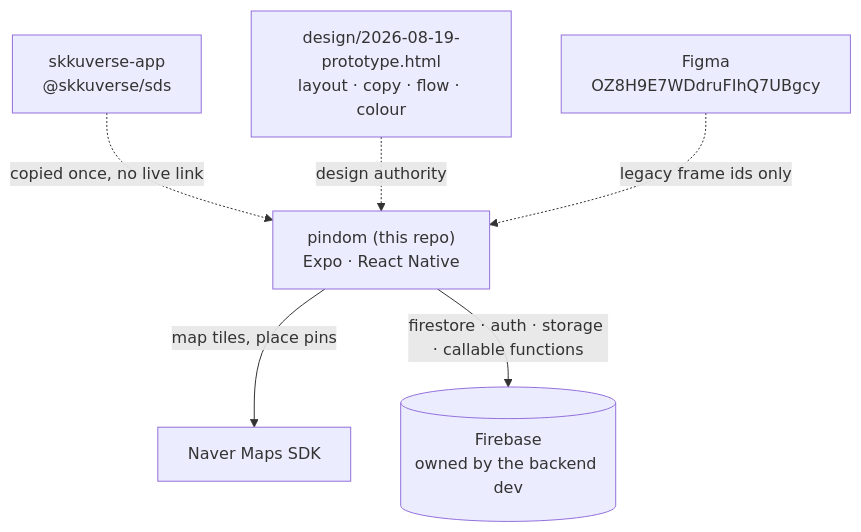
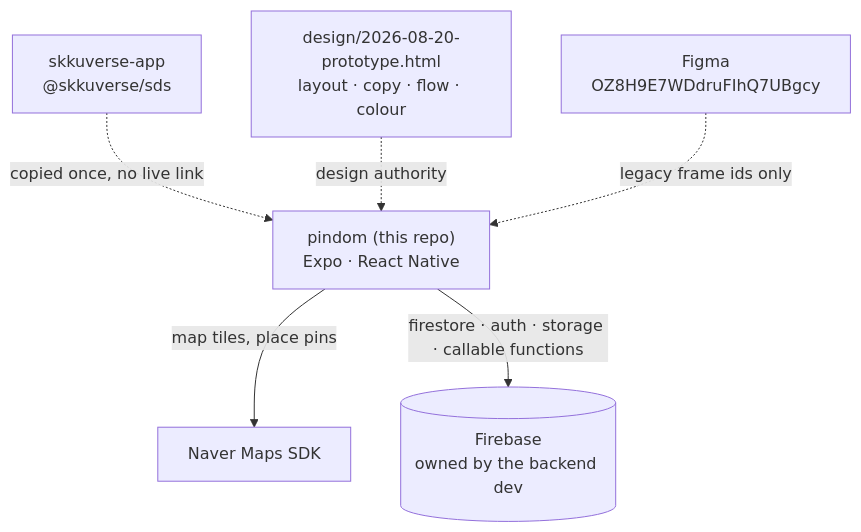
One commit to spencer0124/pindom changed the third of 3 diagrams in docs/explanation/architecture.md. Above: the diagram before and after it, drawn with Mermaid. The commit also changed other lines of this file and 8 other files, not shown here.

````diff
--- a/docs/explanation/architecture.md
+++ b/docs/explanation/architecture.md
@@ -153,15 +153,15 @@
 ```mermaid
 flowchart TB
   APP["pindom (this repo)<br/>Expo · React Native"]
-  PROTO["design/2026-08-19-prototype.html<br/>layout · copy · flow · colour"]
+  PROTO["design/2026-08-20-prototype.html<br/>layout · copy · flow · colour"]
   FIG["Figma<br/>OZ8H9E7WDdruFIhQ7UBgcy"]
   NAVER["Naver Maps SDK"]
   SDS["skkuverse-app<br/>@skkuverse/sds"]
   BE[("Firebase<br/>owned by the backend dev")]
 
   SDS -.->|"copied once, no live link"| APP
   PROTO -.->|"design authority"| APP
   FIG -.->|"legacy frame ids only"| APP
   APP -->|"map tiles, place pins"| NAVER
   APP -->|"firestore · auth · storage · callable functions"| BE
 ```
````
